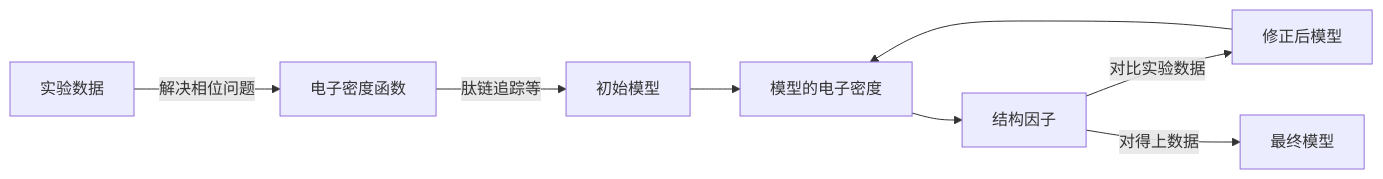
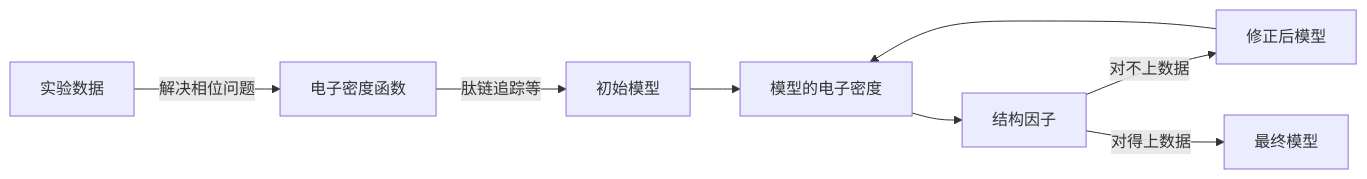
The diagram in course/structural-biology/sb-outline.md (gxf1212/notes), drawn with Mermaid before and after one commit. The commit also changed other lines of this file and 9 other files, not shown here.

````diff
--- a/course/structural-biology/sb-outline.md
+++ b/course/structural-biology/sb-outline.md
@@ -1279,6 +1300,6 @@
 ```mermaid
 graph LR
 实验数据 --解决相位问题--> 电子密度函数 --肽链追踪等--> 初始模型 --> 模型的电子密度 --> 结构因子
-结构因子 --对比实验数据--> 修正后模型 --> 模型的电子密度
+结构因子 --对不上数据--> 修正后模型 --> 模型的电子密度
 结构因子 --对得上数据--> 最终模型
 ```
````
